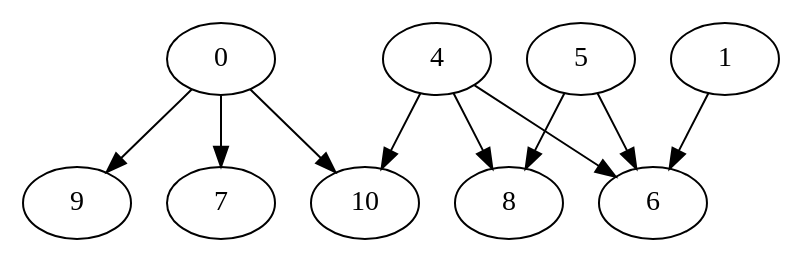
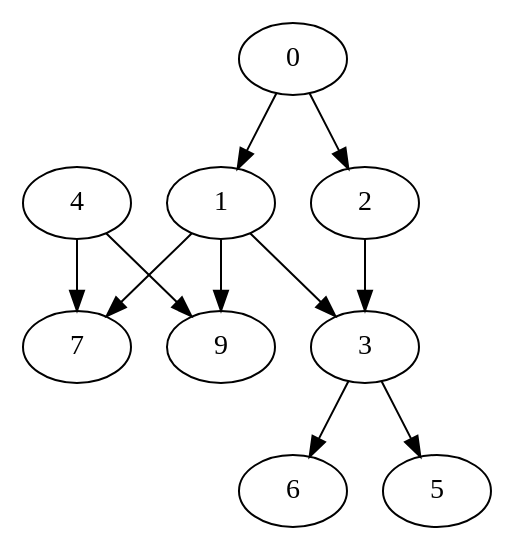
One commit to MrGreyPanda/NEM-MCMC-optimization changed the diagram in DAGs/networks/network8/network8_red.dot. Above: the diagram before and after it, drawn with Graphviz. The commit also changed 177 other files, not shown here.

```diff
--- a/DAGs/networks/network8/network8_red.dot
+++ b/DAGs/networks/network8/network8_red.dot
@@ -1,11 +1,12 @@
 digraph {
-    0 -> 7;
-    4 -> 10;
-    0 -> 10;
-    5 -> 8;
-    4 -> 6;
-    0 -> 9;
-    5 -> 6;
-    4 -> 8;
-    1 -> 6;
+    0 -> 1;
+    4 -> 9;
+    2 -> 3;
+    4 -> 7;
+    0 -> 2;
+    1 -> 7;
+    3 -> 6;
+    1 -> 3;
+    1 -> 9;
+    3 -> 5;
 }
```
